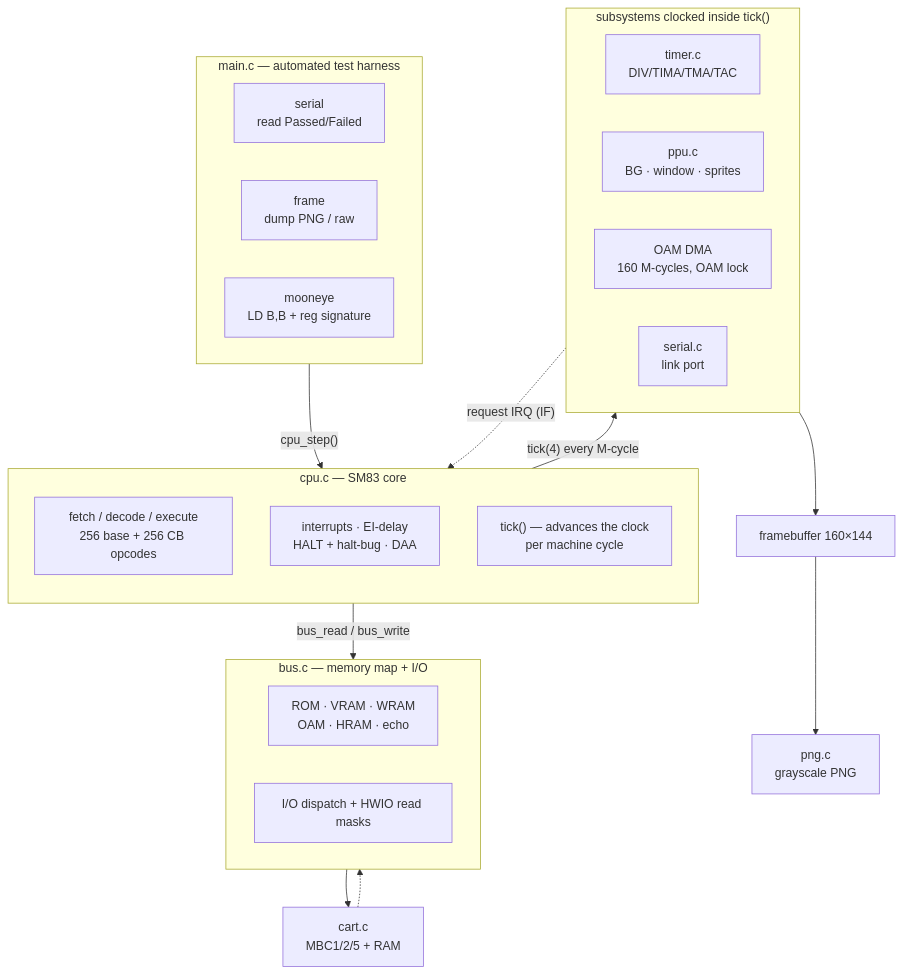
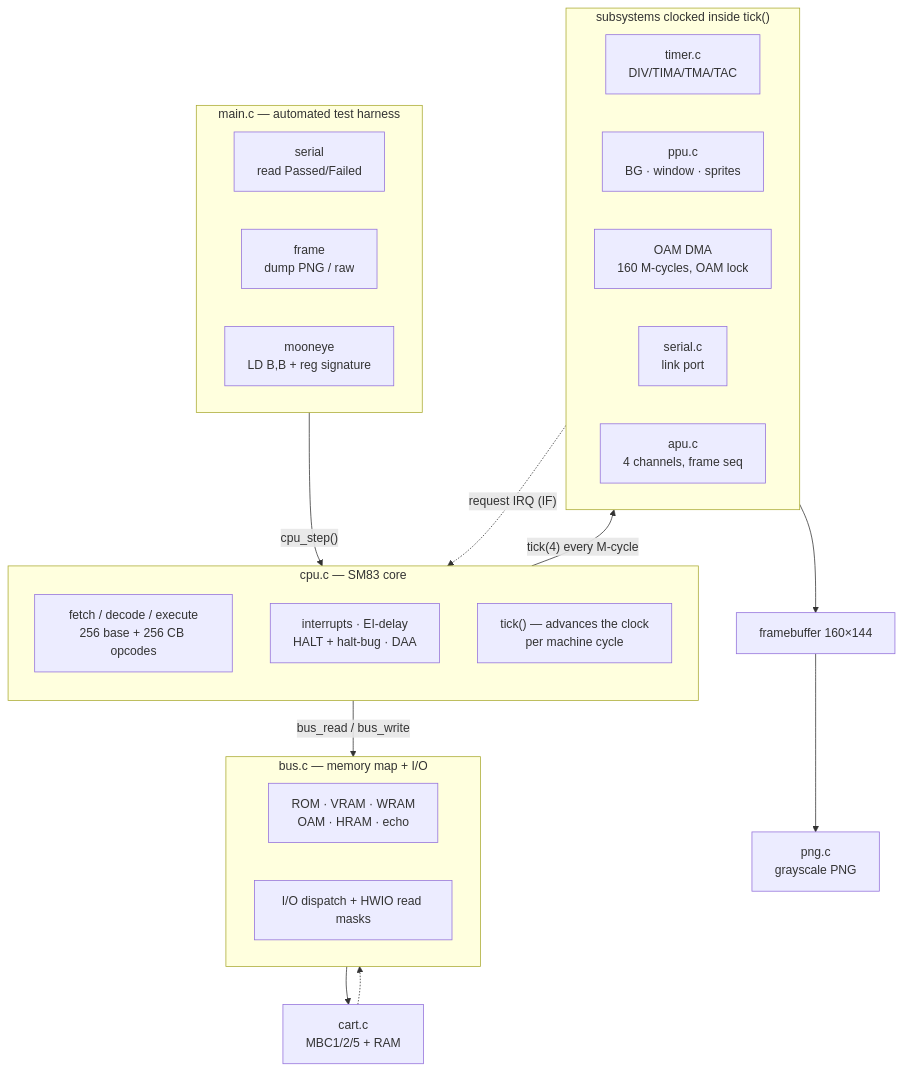
One commit to yusenthebot/gameboy-emu changed the diagram in README.md. Above: the diagram before and after it, drawn with Mermaid. The commit also changed other lines of this file and 13 other files, not shown here.

First line of the commit message:
feat: APU core (registers, frame sequencer, length/envelope/sweep) — round 9

````diff
--- a/README.md
+++ b/README.md
@@ -36,40 +37,41 @@
 ```mermaid
 flowchart TB
     subgraph H["main.c — automated test harness"]
         direction LR
         H1["serial<br/>read Passed/Failed"]
         H2["frame<br/>dump PNG / raw"]
         H3["mooneye<br/>LD B,B + reg signature"]
     end
 
     H -->|"cpu_step()"| CPU
 
     subgraph CPU["cpu.c — SM83 core"]
         direction TB
         C1["fetch / decode / execute<br/>256 base + 256 CB opcodes"]
         C2["interrupts · EI-delay<br/>HALT + halt-bug · DAA"]
         C3["tick() — advances the clock<br/>per machine cycle"]
     end
 
     CPU -->|"bus_read / bus_write"| BUS
     CPU -->|"tick(4) every M-cycle"| SUB
 
     subgraph BUS["bus.c — memory map + I/O"]
         B1["ROM · VRAM · WRAM<br/>OAM · HRAM · echo"]
         B2["I/O dispatch + HWIO read masks"]
     end
 
     subgraph SUB["subsystems clocked inside tick()"]
         direction LR
         T1["timer.c<br/>DIV/TIMA/TMA/TAC"]
         T2["ppu.c<br/>BG · window · sprites"]
         T3["OAM DMA<br/>160 M-cycles, OAM lock"]
         T4["serial.c<br/>link port"]
+        T5["apu.c<br/>4 channels, frame seq"]
     end
 
     BUS --> CART["cart.c<br/>MBC1/2/5 + RAM"]
     T2 --> FB["framebuffer 160×144"]
     FB --> PNG["png.c<br/>grayscale PNG"]
     CART -.-> BUS
     SUB -.->|"request IRQ (IF)"| CPU
 ```
````
